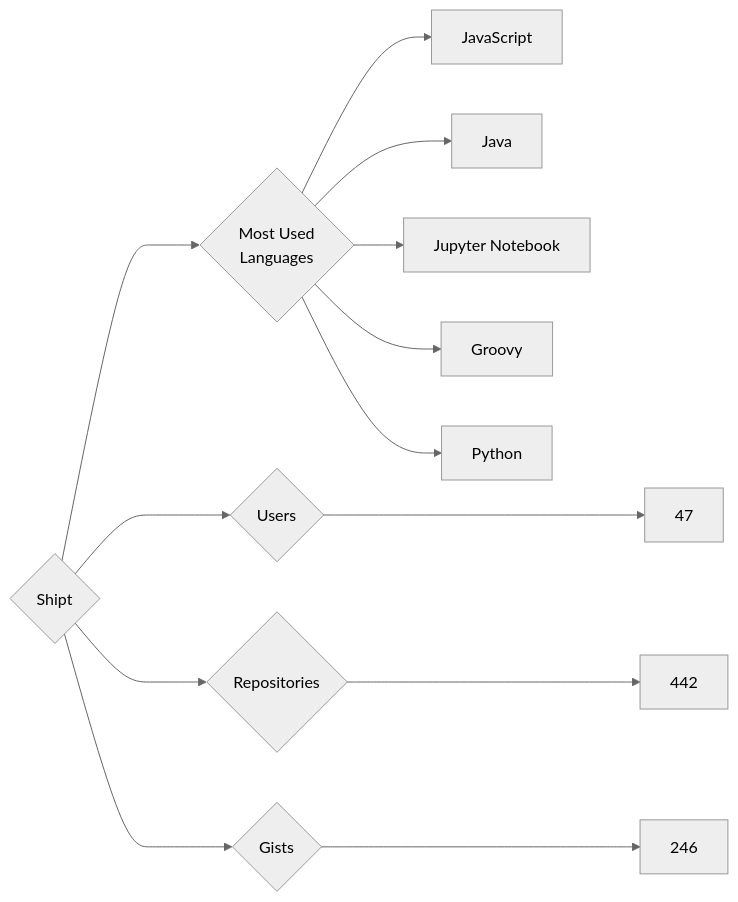
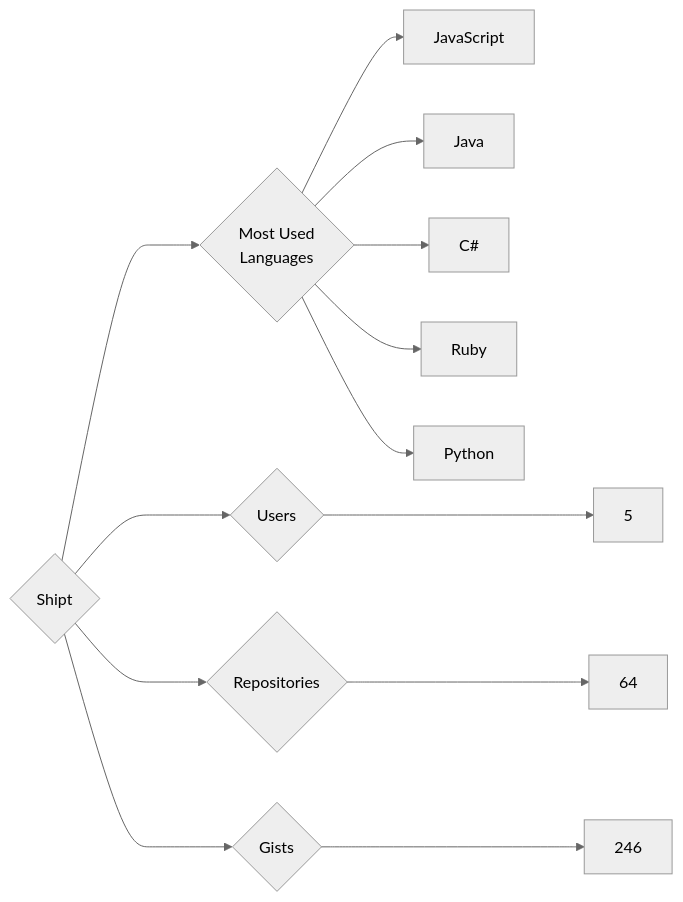
Before and after one commit to trickest/insiders: the diagram in targets/Shipt/README.md, drawn with Mermaid (neutral theme). The commit also changed 725 other files, not shown here.

````diff
--- a/targets/Shipt/README.md
+++ b/targets/Shipt/README.md
@@ -3,13 +3,13 @@
 ```mermaid
 graph LR
 COMPANY_NAME{Shipt}
-COMPANY_NAME ---> U{Users} ---> UN[47]
-COMPANY_NAME ---> R{Repositories} ---> RN[442]
+COMPANY_NAME ---> U{Users} ---> UN[5]
+COMPANY_NAME ---> R{Repositories} ---> RN[64]
 COMPANY_NAME ---> G{Gists} ---> GN[246]
 COMPANY_NAME ---> ML{Most Used<br>Languages}
 ML --> JavaScript[JavaScript]
 ML --> Java[Java]
-ML --> Jupyter_Notebook[Jupyter Notebook]
-ML --> Groovy[Groovy]
+ML --> C#[C#]
+ML --> Ruby[Ruby]
 ML --> Python[Python]
 ```
````
